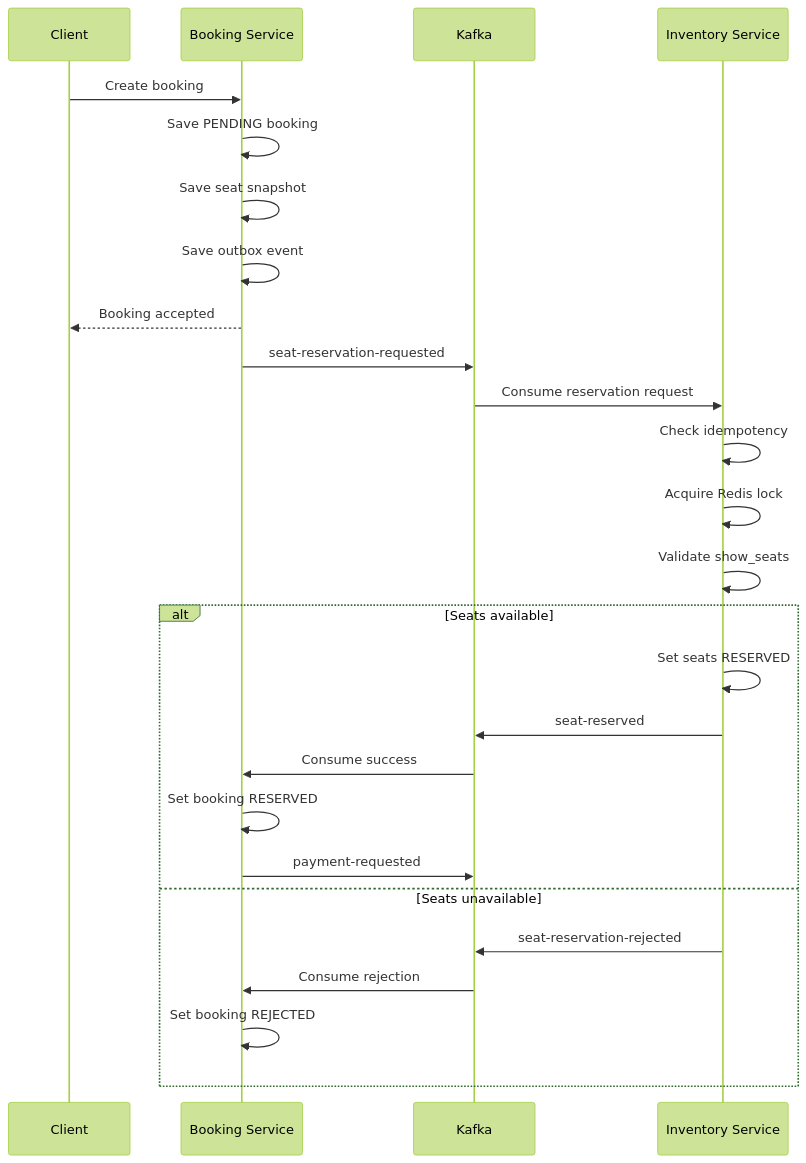
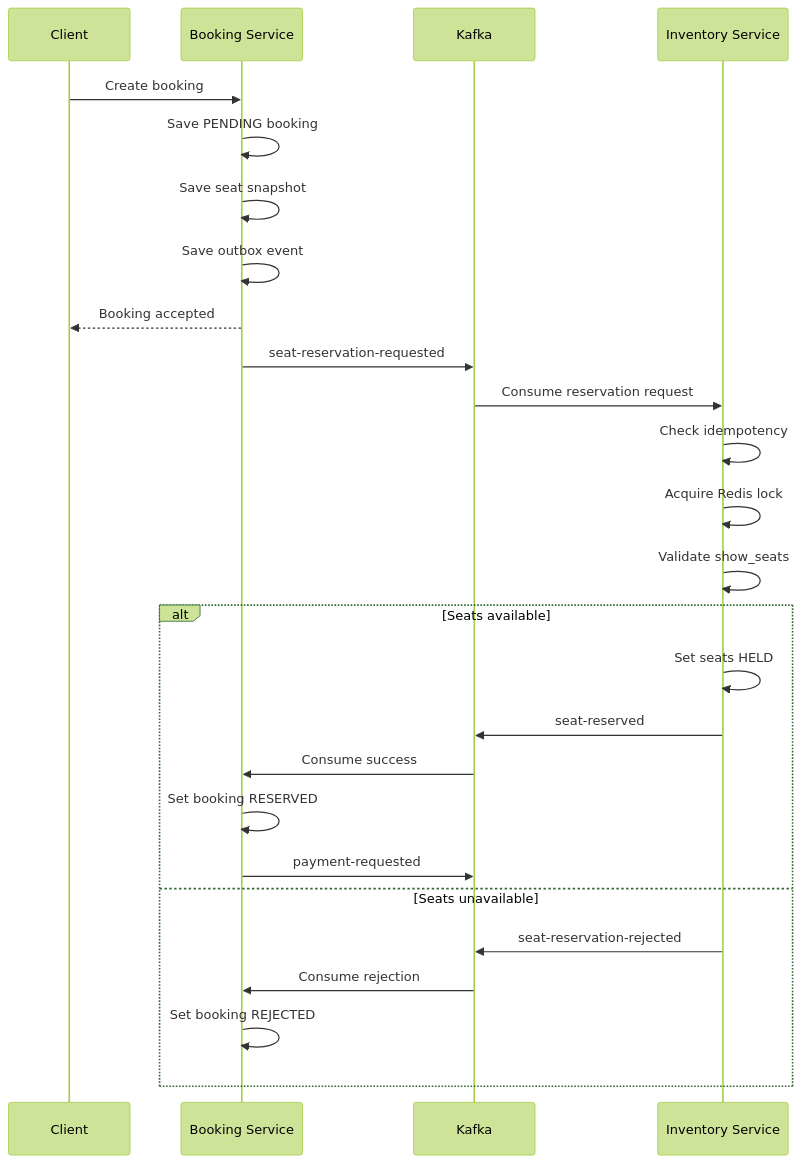
The diagram in docs/01_AI_CONTEXT.md (HuyKunNe/cinema-system), drawn with Mermaid (forest theme) before and after one commit. The commit also changed other lines of this file and 10 other files, not shown here.

````diff
--- a/docs/01_AI_CONTEXT.md
+++ b/docs/01_AI_CONTEXT.md
@@ -199,32 +245,32 @@
 ```mermaid
 sequenceDiagram
     participant Client
     participant Booking as Booking Service
     participant Kafka
     participant Inventory as Inventory Service
 
     Client->>Booking: Create booking
     Booking->>Booking: Save PENDING booking
     Booking->>Booking: Save seat snapshot
     Booking->>Booking: Save outbox event
     Booking-->>Client: Booking accepted
 
     Booking->>Kafka: seat-reservation-requested
     Kafka->>Inventory: Consume reservation request
 
     Inventory->>Inventory: Check idempotency
     Inventory->>Inventory: Acquire Redis lock
     Inventory->>Inventory: Validate show_seats
 
     alt Seats available
-        Inventory->>Inventory: Set seats RESERVED
+        Inventory->>Inventory: Set seats HELD
         Inventory->>Kafka: seat-reserved
         Kafka->>Booking: Consume success
         Booking->>Booking: Set booking RESERVED
         Booking->>Kafka: payment-requested
     else Seats unavailable
         Inventory->>Kafka: seat-reservation-rejected
         Kafka->>Booking: Consume rejection
         Booking->>Booking: Set booking REJECTED
     end
 ```
````
